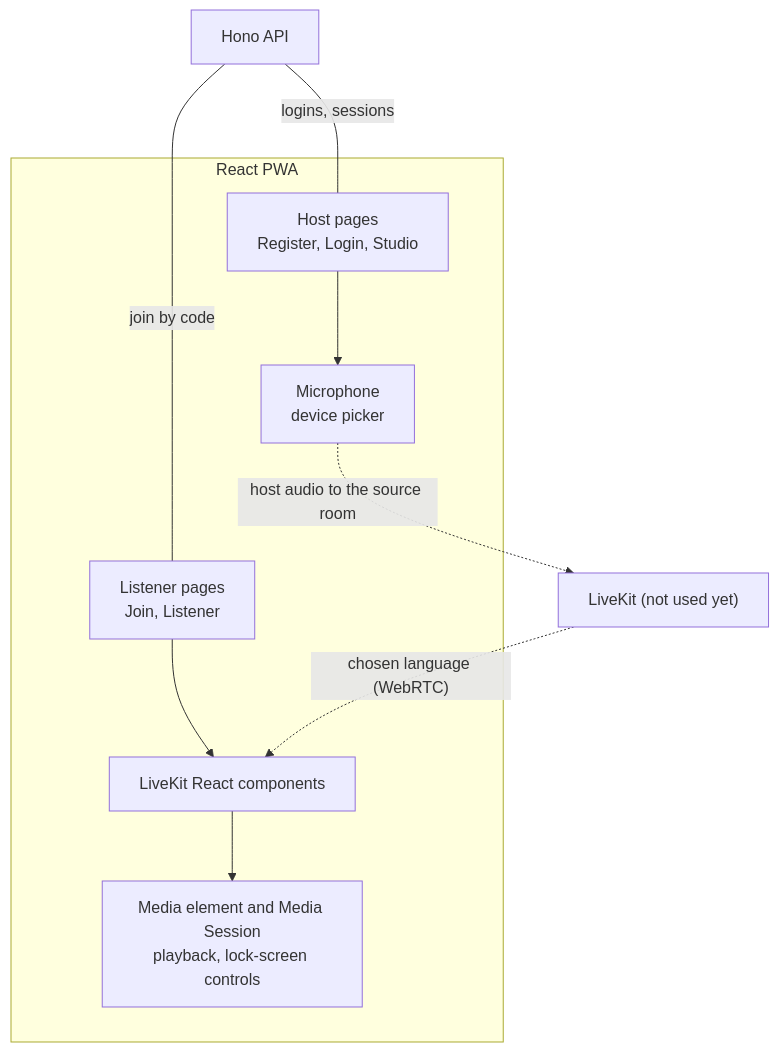
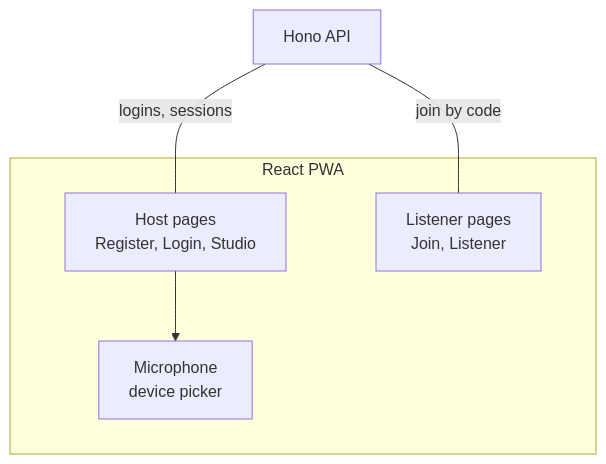
Before and after one commit to WH1TE-SHAD0W/ai-dubbing-studio: the first of 7 diagrams in docs/architecture-layers.md, drawn with Mermaid. The commit also changed other lines of this file and 9 other files, not shown here.

First line of the commit message:
docs: describe what is built, without LiveKit status

````diff
--- a/docs/architecture-layers.md
+++ b/docs/architecture-layers.md
@@ -15,23 +15,15 @@
 ```mermaid
 %%{init: {"flowchart": {"nodeSpacing": 90, "rankSpacing": 70}}}%%
 flowchart TB
   API["Hono API"]
 
   subgraph App["React PWA"]
     Host["Host pages<br/>Register, Login, Studio"]
     Listener["Listener pages<br/>Join, Listener"]
     Mic["Microphone<br/>device picker"]
-    LK["LiveKit React components"]
-    Player["Media element and Media Session<br/>playback, lock-screen controls"]
   end
-
-  SFU["LiveKit (not used yet)"]
 
   API -- "logins, sessions" --- Host
   API -- "join by code" --- Listener
   Host --> Mic
-  Listener --> LK
-  LK --> Player
-  Mic -. "host audio to the source room" .-> SFU
-  SFU -. "chosen language (WebRTC)" .-> LK
 ```
````
